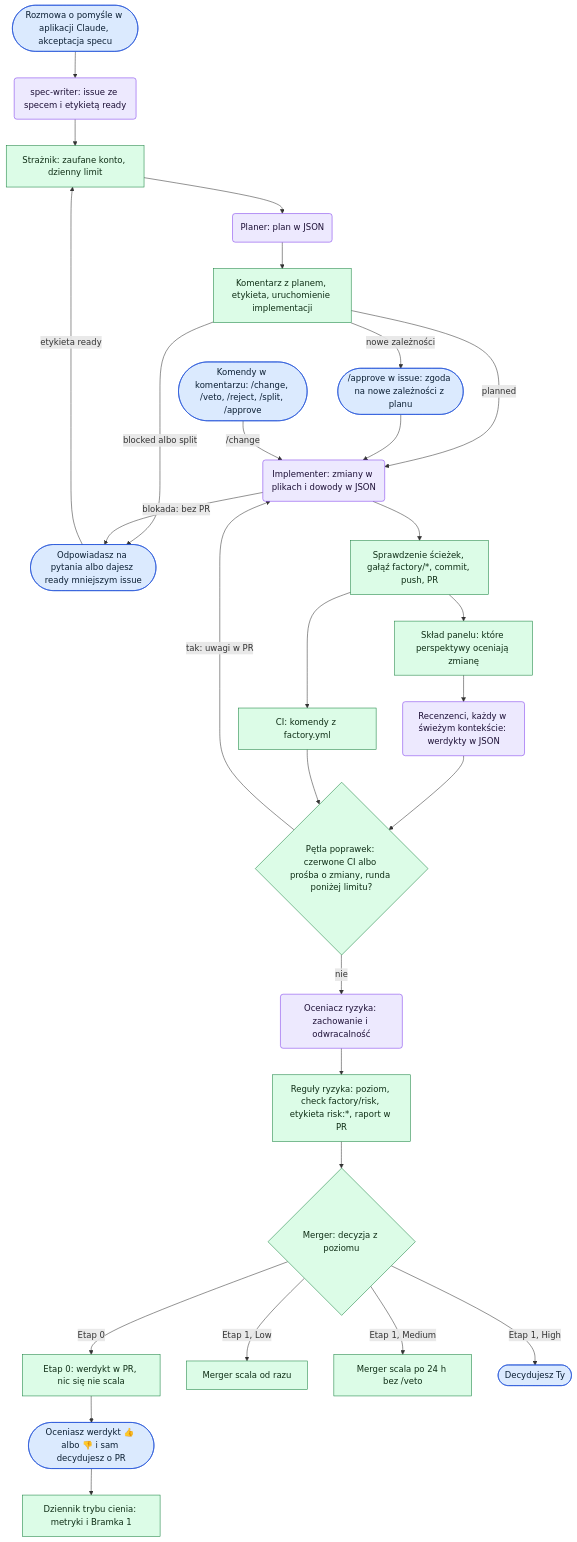
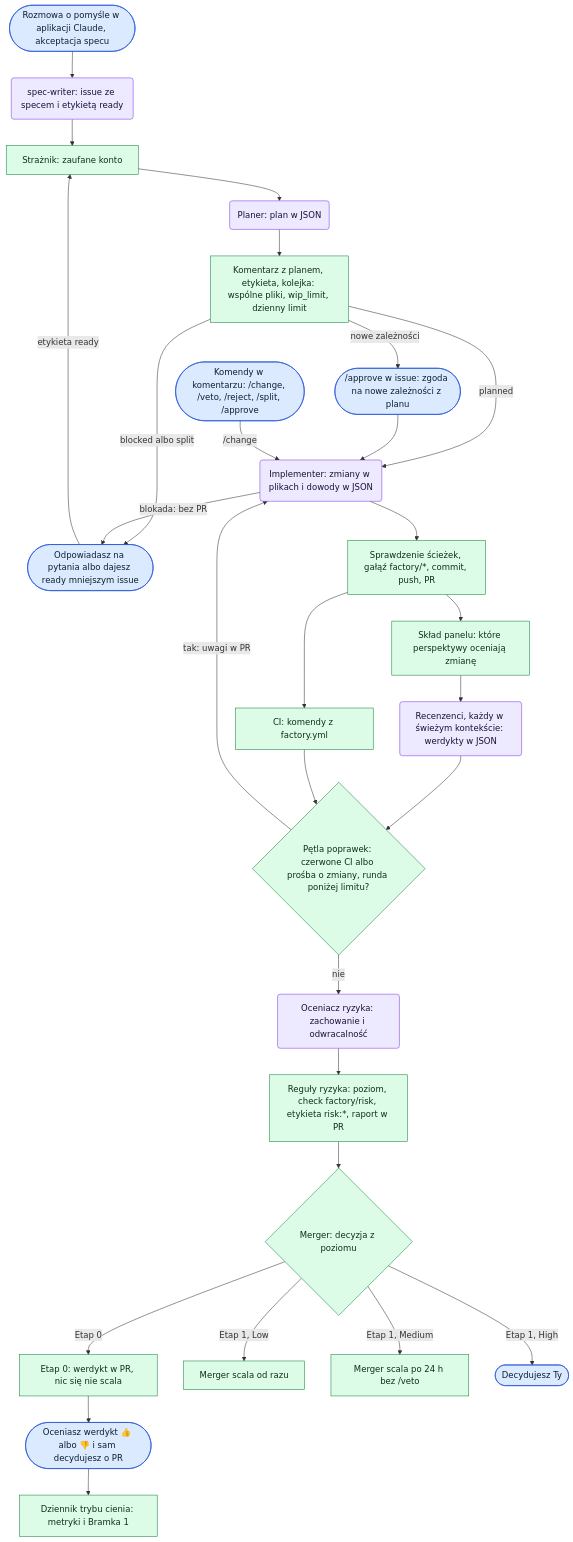
The diagram in README.md (gibkigonzo/factory), drawn with Mermaid before and after one commit. The commit also changed other lines of this file and 2 other files, not shown here.

````diff
--- a/README.md
+++ b/README.md
@@ -23,48 +121,48 @@
 ```mermaid
 flowchart TD
   H1(["Rozmowa o pomyśle w aplikacji Claude, akceptacja specu"]):::human
   A1("spec-writer: issue ze specem i etykietą ready"):::agent
-  S1["Strażnik: zaufane konto, dzienny limit"]:::script
+  S1["Strażnik: zaufane konto"]:::script
   A2("Planer: plan w JSON"):::agent
-  S2["Komentarz z planem, etykieta, uruchomienie implementacji"]:::script
+  S2["Komentarz z planem, etykieta, kolejka: wspólne pliki, wip_limit, dzienny limit"]:::script
   H2(["Odpowiadasz na pytania albo dajesz ready mniejszym issue"]):::human
   A3("Implementer: zmiany w plikach i dowody w JSON"):::agent
   S3["Sprawdzenie ścieżek, gałąź factory/*, commit, push, PR"]:::script
   S4["CI: komendy z factory.yml"]:::script
   S5["Skład panelu: które perspektywy oceniają zmianę"]:::script
   A4("Recenzenci, każdy w świeżym kontekście: werdykty w JSON"):::agent
   A5("Oceniacz ryzyka: zachowanie i odwracalność"):::agent
   S6["Reguły ryzyka: poziom, check factory/risk, etykieta risk:*, raport w PR"]:::script
   D{"Merger: decyzja z poziomu"}:::script
   S7["Etap 0: werdykt w PR, nic się nie scala"]:::script
   H3(["Oceniasz werdykt 👍 albo 👎 i sam decydujesz o PR"]):::human
   S8["Dziennik trybu cienia: metryki i Bramka 1"]:::script
   M1["Merger scala od razu"]:::script
   M2["Merger scala po 24 h bez /veto"]:::script
   H4(["Decydujesz Ty"]):::human
   H5(["Komendy w komentarzu: /change, /veto, /reject, /split, /approve"]):::human
   H6(["/approve w issue: zgoda na nowe zależności z planu"]):::human
   L{"Pętla poprawek: czerwone CI albo prośba o zmiany, runda poniżej limitu?"}:::script
 
   H1 --> A1 --> S1 --> A2 --> S2
   S2 -->|"blocked albo split"| H2
   H2 -->|"etykieta ready"| S1
   S2 -->|"planned"| A3 --> S3
   S2 -->|"nowe zależności"| H6 --> A3
   A3 -->|"blokada: bez PR"| H2
   S3 --> S4 & S5
   S5 --> A4 --> L
   S4 --> L
   L -->|"tak: uwagi w PR"| A3
   L -->|"nie"| A5 --> S6
   S6 --> D
   D -->|"Etap 0"| S7 --> H3 --> S8
   D -->|"Etap 1, Low"| M1
   D -->|"Etap 1, Medium"| M2
   D -->|"Etap 1, High"| H4
   H5 -->|"/change"| A3
 
   classDef human fill:#dbeafe,stroke:#1d4ed8,color:#0b1f33
   classDef agent fill:#ede9fe,stroke:#7c3aed,color:#1d1036
   classDef script fill:#dcfce7,stroke:#15803d,color:#0f2e16
 ```
````
